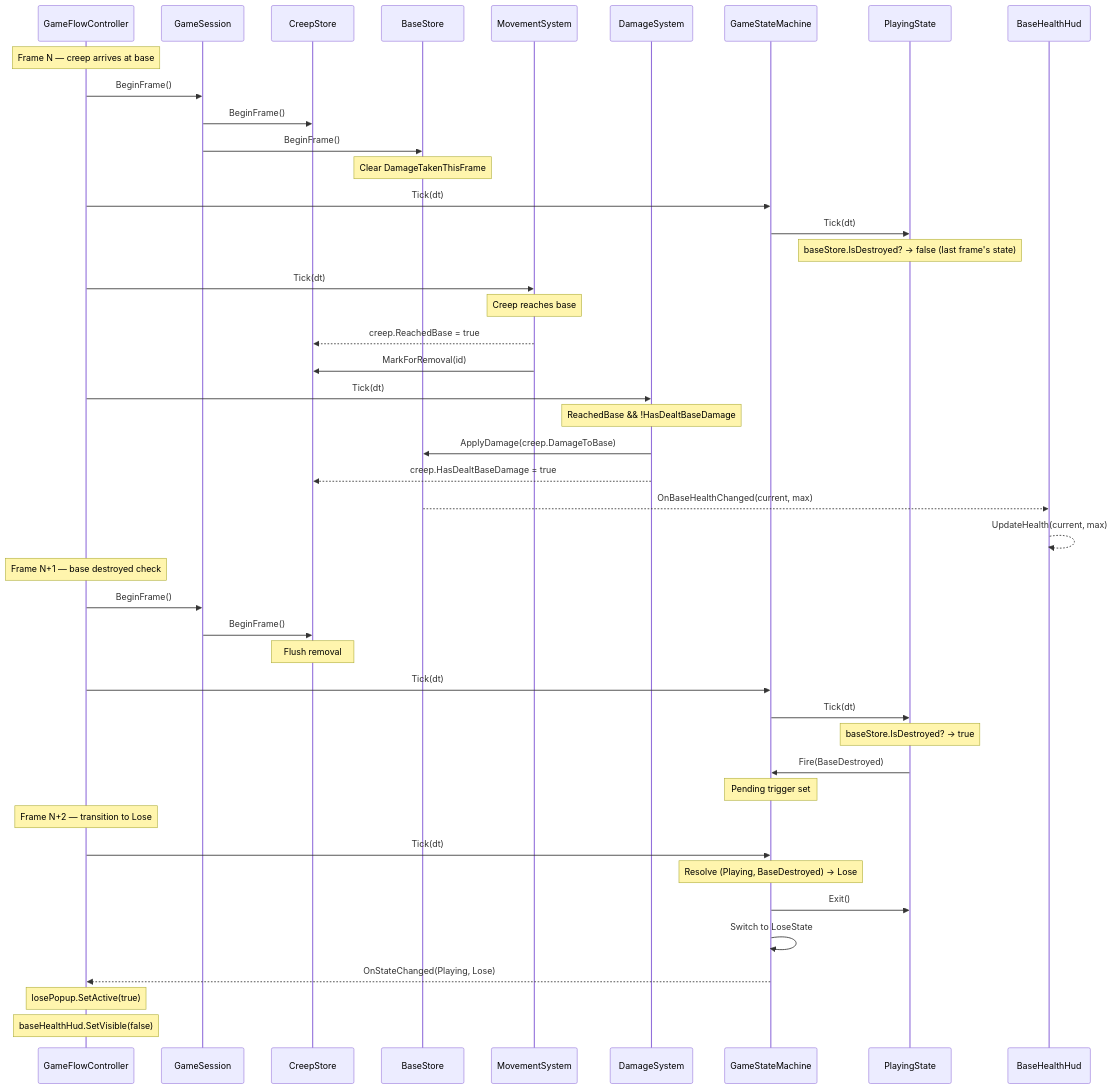
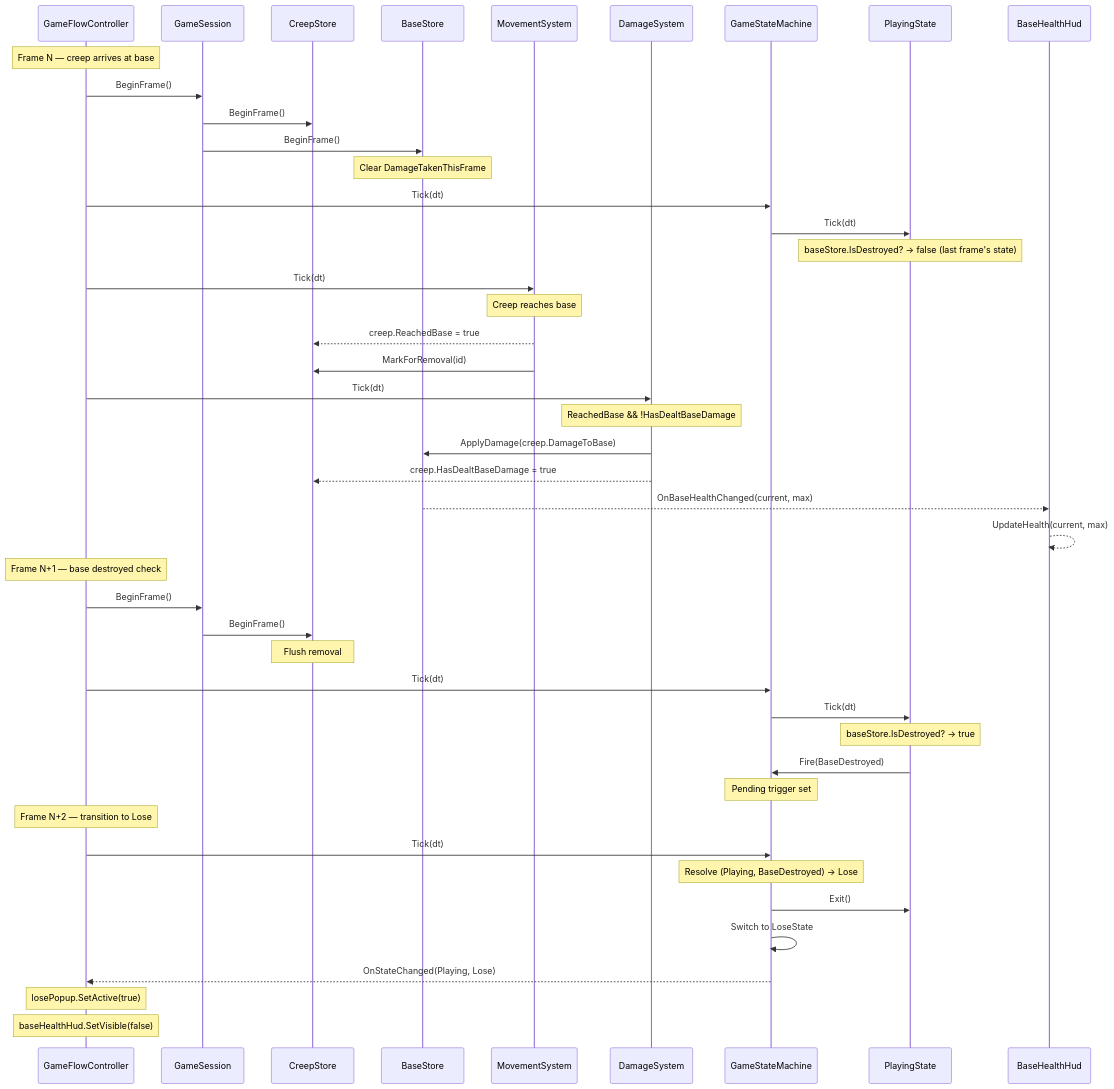
One commit to Number10Ox/MorlocsTowerDefense changed the ninth of 17 diagrams in Docs/Architecture-Diagrams.md. Above: the diagram before and after it, drawn with Mermaid. The commit also changed other lines of this file and 53 other files, not shown here.

````diff
--- a/Docs/Architecture-Diagrams.md
+++ b/Docs/Architecture-Diagrams.md
@@ -640,57 +650,57 @@
 ```mermaid
 sequenceDiagram
     participant Bootstrap as GameFlowController
     participant Session as GameSession
     participant CStore as CreepStore
     participant BStore as BaseStore
     participant Move as MovementSystem
     participant Dmg as DamageSystem
     participant SM as GameStateMachine
     participant Playing as PlayingState
     participant HUD as BaseHealthHud
 
     Note over Bootstrap: Frame N — creep arrives at base
 
     Bootstrap->>Session: BeginFrame()
     Session->>CStore: BeginFrame()
     Session->>BStore: BeginFrame()
     Note over BStore: Clear DamageTakenThisFrame
 
     Bootstrap->>SM: Tick(dt)
     SM->>Playing: Tick(dt)
     Note over Playing: baseStore.IsDestroyed? → false (last frame's state)
 
     Bootstrap->>Move: Tick(dt)
     Note over Move: Creep reaches base
     Move-->>CStore: creep.ReachedBase = true
     Move->>CStore: MarkForRemoval(id)
 
     Bootstrap->>Dmg: Tick(dt)
     Note over Dmg: ReachedBase && !HasDealtBaseDamage
     Dmg->>BStore: ApplyDamage(creep.DamageToBase)
     Dmg-->>CStore: creep.HasDealtBaseDamage = true
-    BStore-->>HUD: OnBaseHealthChanged(current‚ max)
-    HUD-->>HUD: UpdateHealth(current‚ max)
+    BStore-->>HUD: OnBaseHealthChanged(current, max)
+    HUD-->>HUD: UpdateHealth(current, max)
 
     Note over Bootstrap: Frame N+1 — base destroyed check
 
     Bootstrap->>Session: BeginFrame()
     Session->>CStore: BeginFrame()
     Note over CStore: Flush removal
 
     Bootstrap->>SM: Tick(dt)
     SM->>Playing: Tick(dt)
     Note over Playing: baseStore.IsDestroyed? → true
     Playing->>SM: Fire(BaseDestroyed)
     Note over SM: Pending trigger set
 
     Note over Bootstrap: Frame N+2 — transition to Lose
 
     Bootstrap->>SM: Tick(dt)
-    Note over SM: Resolve (Playing‚ BaseDestroyed) → Lose
+    Note over SM: Resolve (Playing, BaseDestroyed) → Lose
     SM->>Playing: Exit()
     SM->>SM: Switch to LoseState
-    SM-->>Bootstrap: OnStateChanged(Playing‚ Lose)
+    SM-->>Bootstrap: OnStateChanged(Playing, Lose)
     Note over Bootstrap: losePopup.SetActive(true)
     Note over Bootstrap: baseHealthHud.SetVisible(false)
 ```
````
